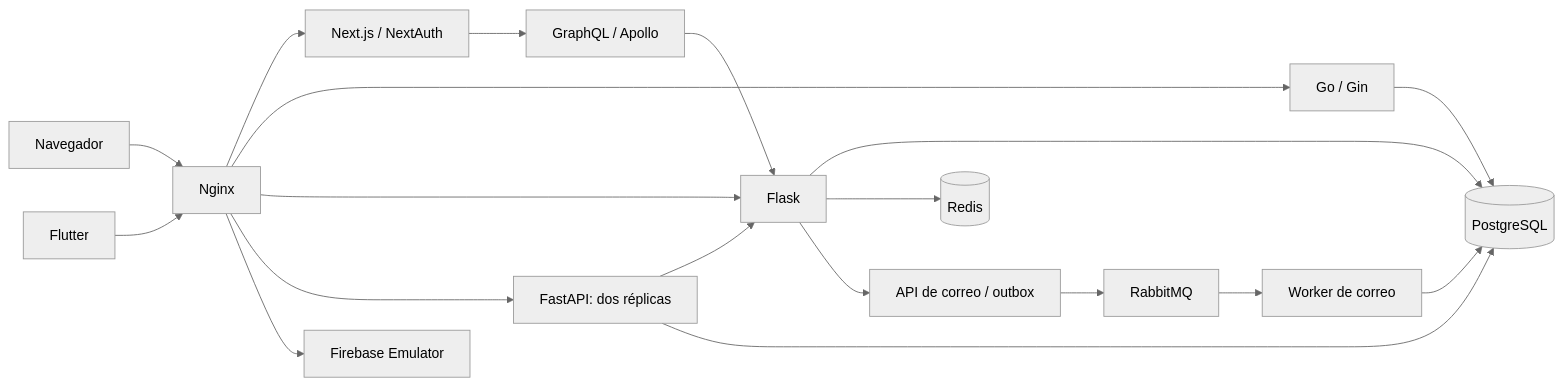
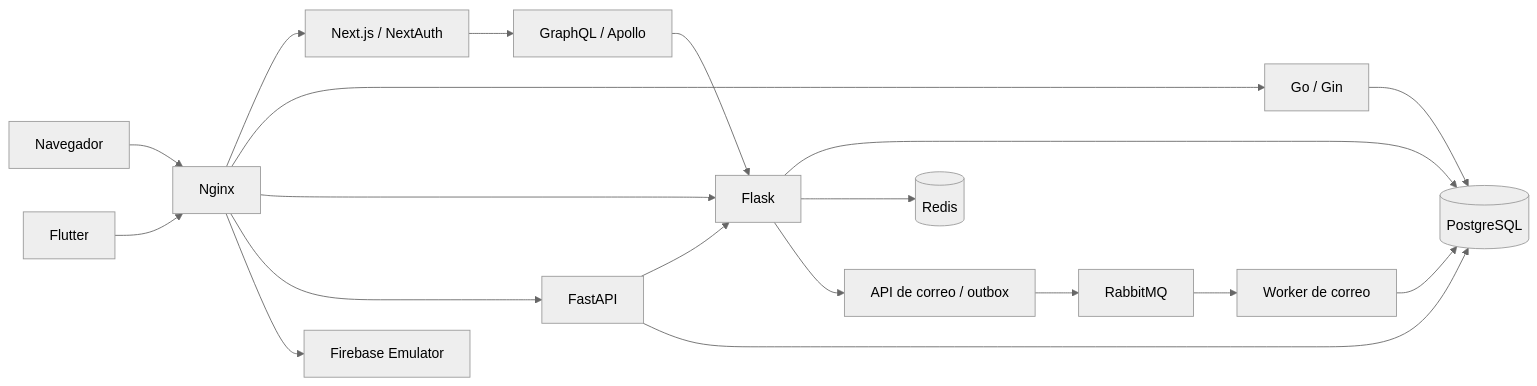
Before and after one commit to dieramirezma/fullstyle: the diagram in README.md, drawn with Mermaid (neutral theme). The commit also changed 4 other files, not shown here.

````diff
--- a/README.md
+++ b/README.md
@@ -31,21 +31,21 @@
 ```mermaid
 flowchart LR
     Browser[Navegador] --> Proxy[Nginx]
     Mobile[Flutter] --> Proxy
     Proxy --> Web[Next.js / NextAuth]
     Proxy --> Auth[Go / Gin]
     Proxy --> Business[Flask]
-    Proxy --> Chat[FastAPI: dos réplicas]
+    Proxy --> Chat[FastAPI]
     Web --> Gateway[GraphQL / Apollo]
     Gateway --> Business
     Chat --> Business
     Business --> SQL[(PostgreSQL)]
     Auth --> SQL
     Chat --> SQL
     Business --> Cache[(Redis)]
     Business --> Mail[API de correo / outbox]
     Mail --> MQ[RabbitMQ]
     MQ --> Worker[Worker de correo]
     Worker --> SQL
     Proxy --> Firebase[Firebase Emulator]
 ```
````
